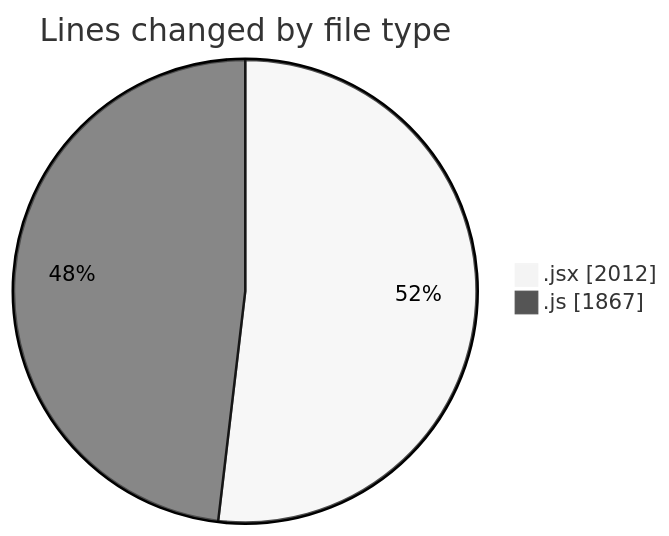
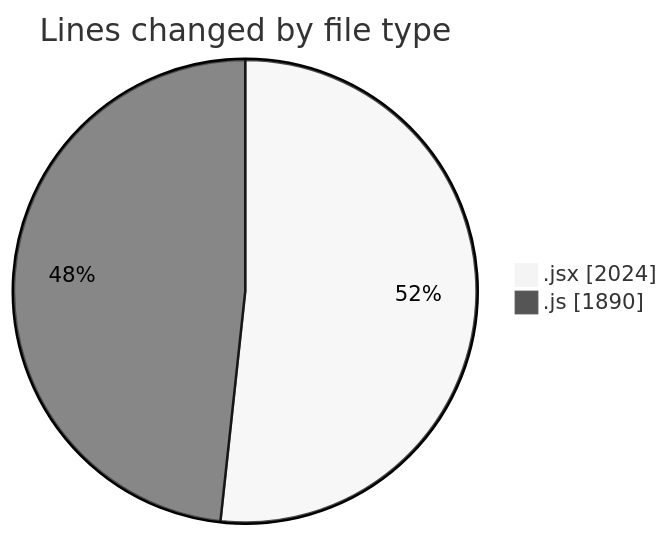
One commit to nxtqubesakshisongat/code-tracking changed the first of 2 diagrams in 2025-09-21/nxtqube_webapp/README.md. Above: the diagram before and after it, drawn with Mermaid (neutral theme). The commit also changed other lines of this file and 1 other file, not shown here.

````diff
--- a/2025-09-21/nxtqube_webapp/README.md
+++ b/2025-09-21/nxtqube_webapp/README.md
@@ -23,6 +23,6 @@
 ```mermaid
 pie showData
 title Lines changed by file type
-".jsx" : 2012
-".js" : 1867
+".jsx" : 2024
+".js" : 1890
 ```
````
